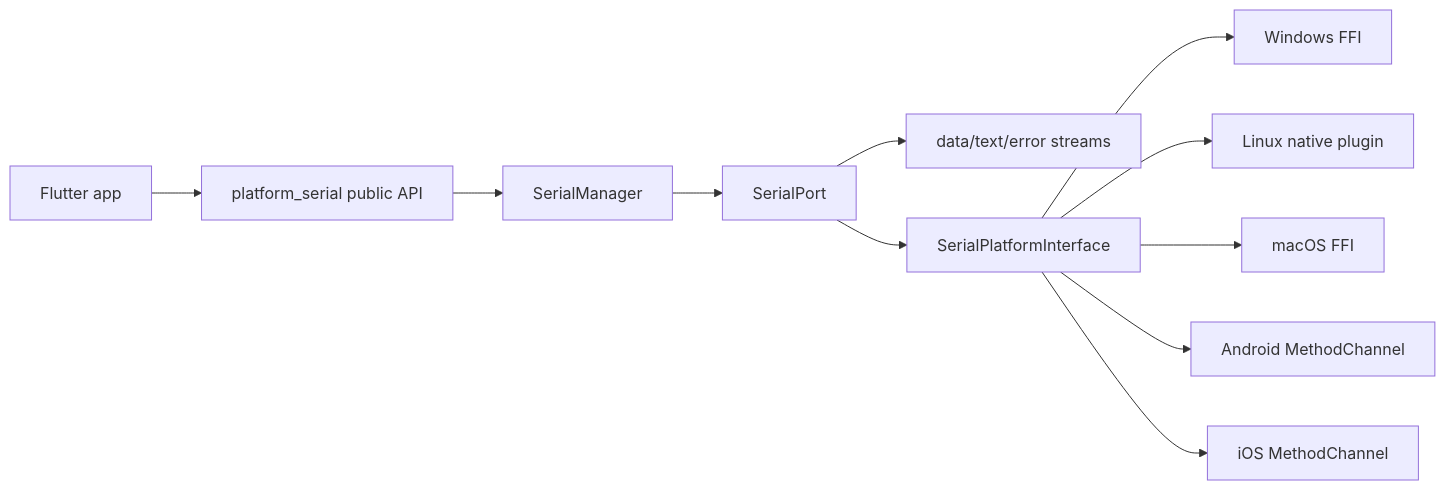
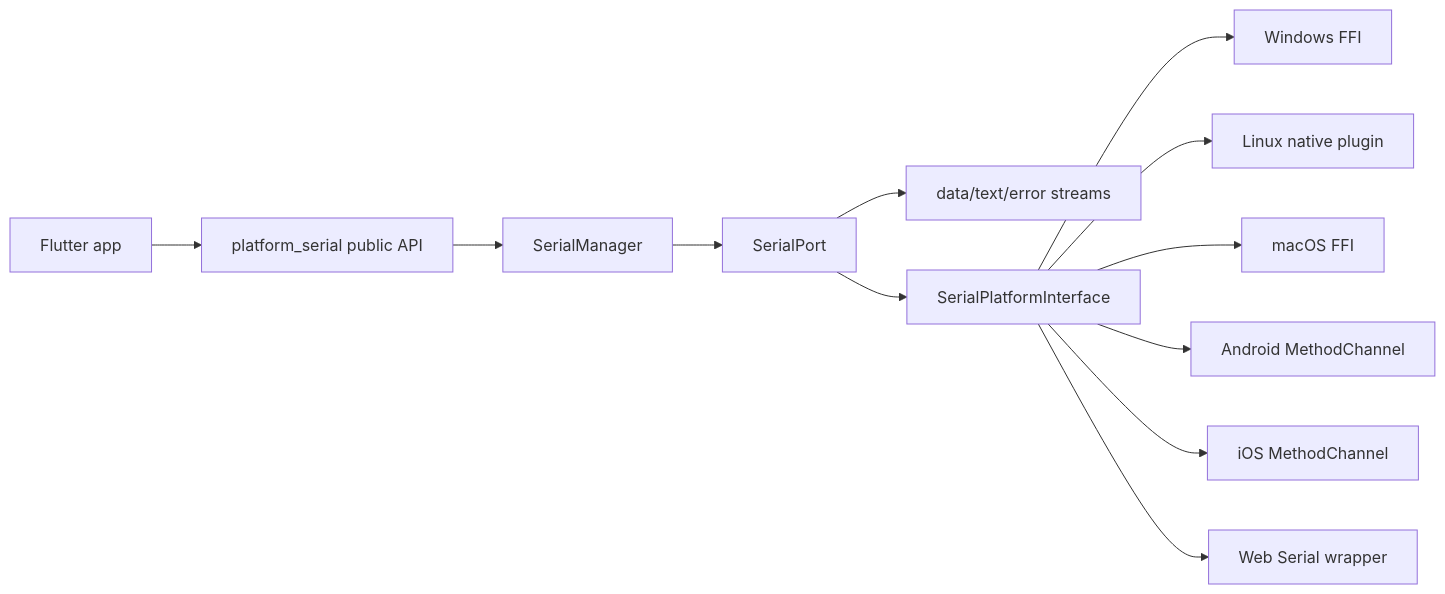
The first of 2 diagrams in README.md (pvagnozzi/platform_serial), drawn with Mermaid before and after one commit. The commit also changed other lines of this file and 23 other files, not shown here.

````diff
--- a/README.md
+++ b/README.md
@@ -41,13 +41,14 @@
 ```mermaid
 flowchart LR
   App[Flutter app] --> API[platform_serial public API]
   API --> Manager[SerialManager]
   Manager --> Port[SerialPort]
   Port --> Streams[data/text/error streams]
   Port --> Platform[SerialPlatformInterface]
   Platform --> Windows[Windows FFI]
   Platform --> Linux[Linux native plugin]
   Platform --> Mac[macOS FFI]
   Platform --> Android[Android MethodChannel]
   Platform --> IOS[iOS MethodChannel]
+  Platform --> Web[Web Serial wrapper]
 ```
````
